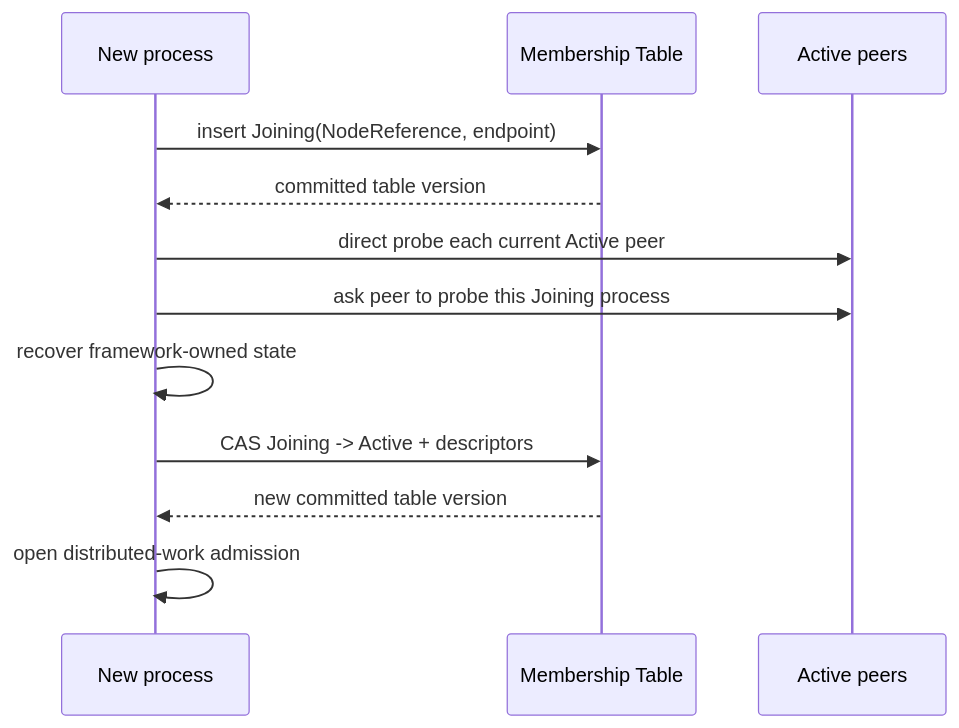
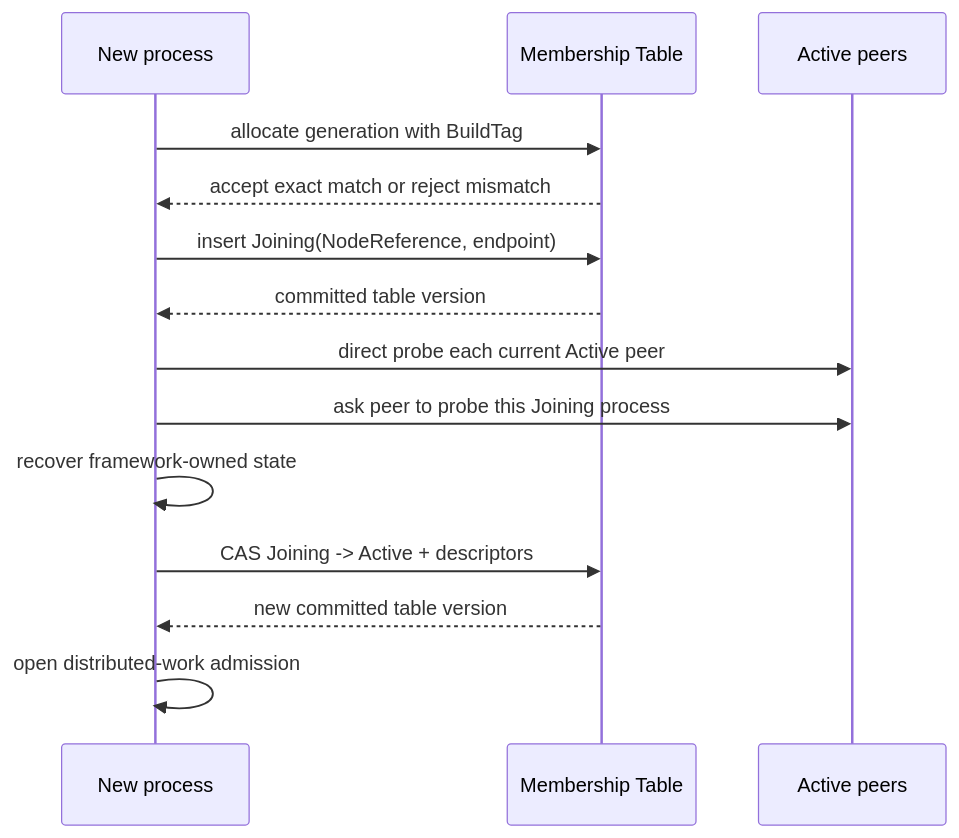
The third of 5 diagrams in docs/cluster.md (bruce48x/Lakona), drawn with Mermaid before and after one commit. The commit also changed other lines of this file and 39 other files, not shown here.

Commit message:
Enforce cluster BuildTag compatibility

````diff
--- a/docs/cluster.md
+++ b/docs/cluster.md
@@ -104,15 +111,17 @@
 ```mermaid
 sequenceDiagram
     participant N as New process
     participant T as Membership Table
     participant P as Active peers
 
+    N->>T: allocate generation with BuildTag
+    T-->>N: accept exact match or reject mismatch
     N->>T: insert Joining(NodeReference, endpoint)
     T-->>N: committed table version
     N->>P: direct probe each current Active peer
     N->>P: ask peer to probe this Joining process
     N->>N: recover framework-owned state
     N->>T: CAS Joining -> Active + descriptors
     T-->>N: new committed table version
     N->>N: open distributed-work admission
 ```
````
